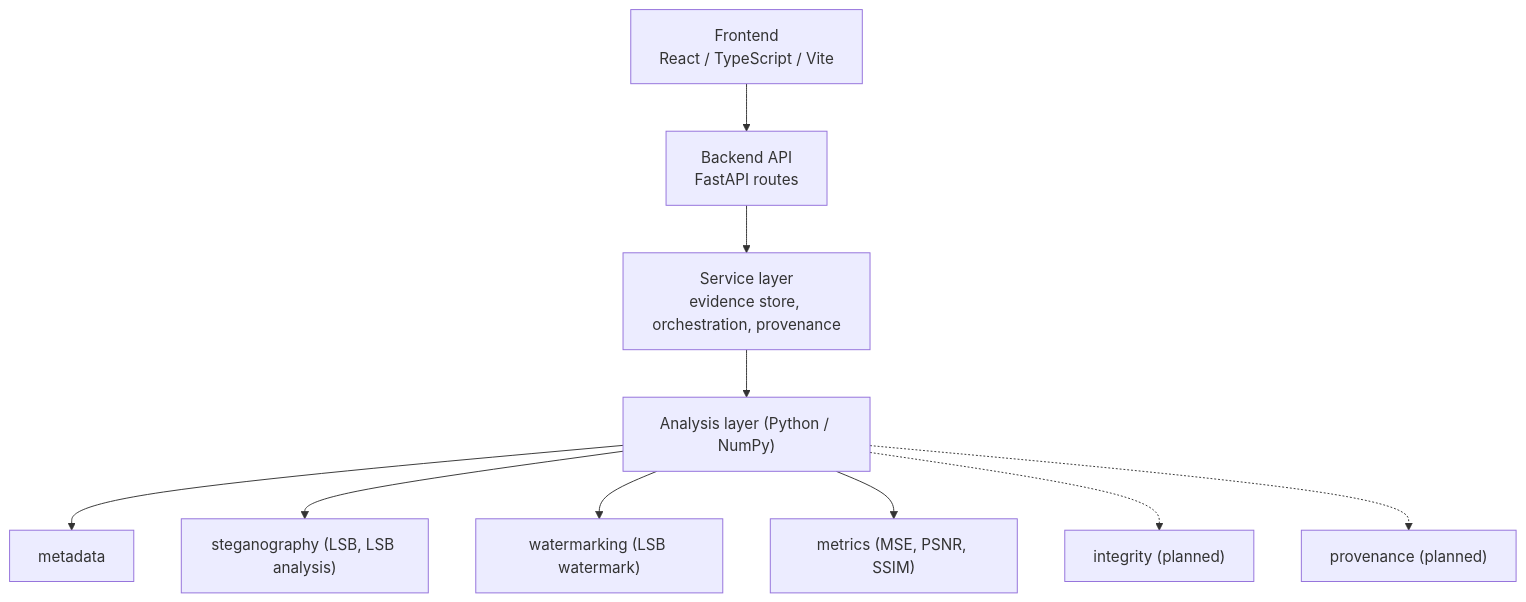
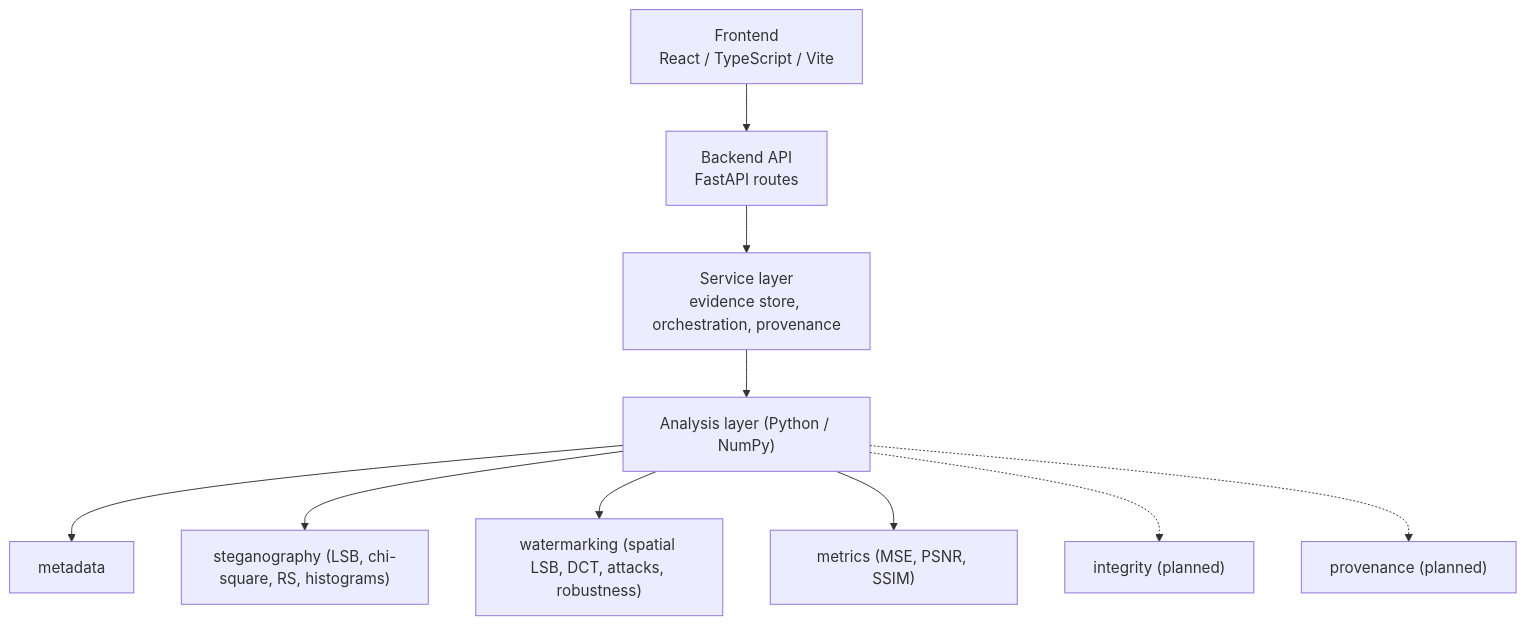
Before and after one commit to pratham1357/Veridia: the diagram in README.md, drawn with Mermaid. The commit also changed other lines of this file and 60 other files, not shown here.

Commit message:
feat: add DCT-domain watermarking, robustness testing and statistical steganalysis

````diff
--- a/README.md
+++ b/README.md
@@ -116,12 +141,12 @@
 ```mermaid
 flowchart TD
     FE["Frontend<br/>React / TypeScript / Vite"] --> API["Backend API<br/>FastAPI routes"]
     API --> SVC["Service layer<br/>evidence store, orchestration, provenance"]
     SVC --> AN["Analysis layer (Python / NumPy)"]
     AN --> M["metadata"]
-    AN --> S["steganography (LSB, LSB analysis)"]
-    AN --> W["watermarking (LSB watermark)"]
+    AN --> S["steganography (LSB, chi-square, RS, histograms)"]
+    AN --> W["watermarking (spatial LSB, DCT, attacks, robustness)"]
     AN --> Q["metrics (MSE, PSNR, SSIM)"]
     AN -.-> I["integrity (planned)"]
     AN -.-> P["provenance (planned)"]
 ```
````
